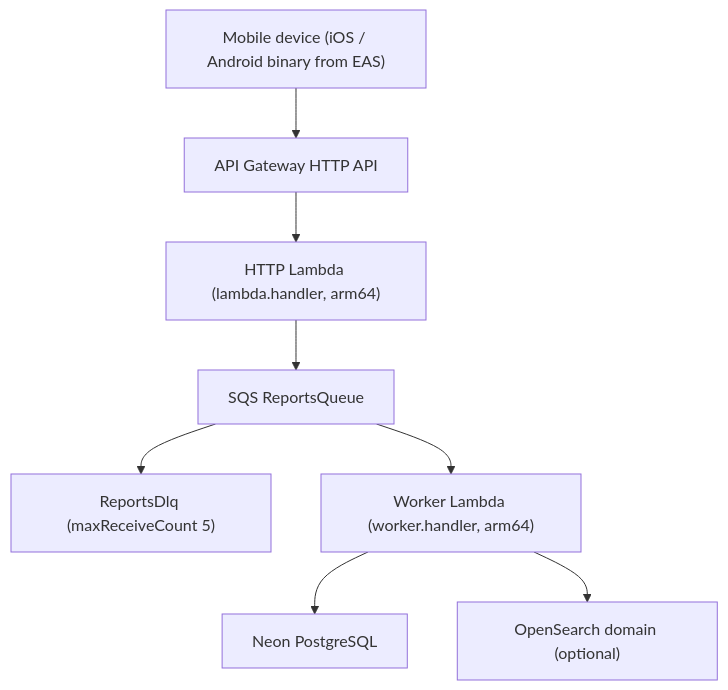
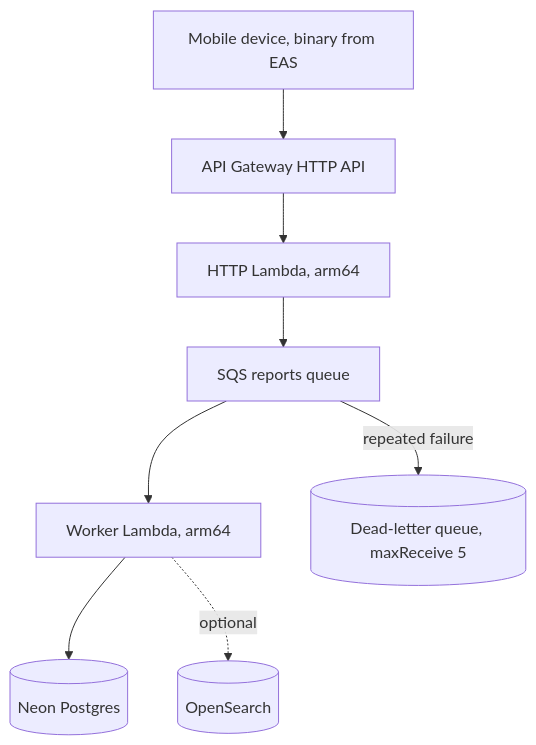
Before and after one commit to elleskay/mobile-platform: the third of 3 diagrams in README.md, drawn with Mermaid. The commit also changed other lines of this file, not shown here.

````diff
--- a/README.md
+++ b/README.md
@@ -80,19 +124,10 @@
 ```mermaid
 flowchart TD
-  device["Mobile device (iOS / Android binary from EAS)"]
-  apigw["API Gateway HTTP API"]
-  http["HTTP Lambda (lambda.handler, arm64)"]
-  q["SQS ReportsQueue"]
-  dlq["ReportsDlq (maxReceiveCount 5)"]
-  wkr["Worker Lambda (worker.handler, arm64)"]
-  neon["Neon PostgreSQL"]
-  os["OpenSearch domain (optional)"]
-
-  device --> apigw
-  apigw --> http
-  http --> q
-  q --> wkr
-  q --> dlq
-  wkr --> neon
-  wkr --> os
+  device[Mobile device, binary from EAS] --> apigw[API Gateway HTTP API]
+  apigw --> http[HTTP Lambda, arm64]
+  http --> q[SQS reports queue]
+  q --> wkr[Worker Lambda, arm64]
+  q -->|repeated failure| dlq[(Dead-letter queue, maxReceive 5)]
+  wkr --> neon[(Neon Postgres)]
+  wkr -.optional.-> os[(OpenSearch)]
 ```
````
